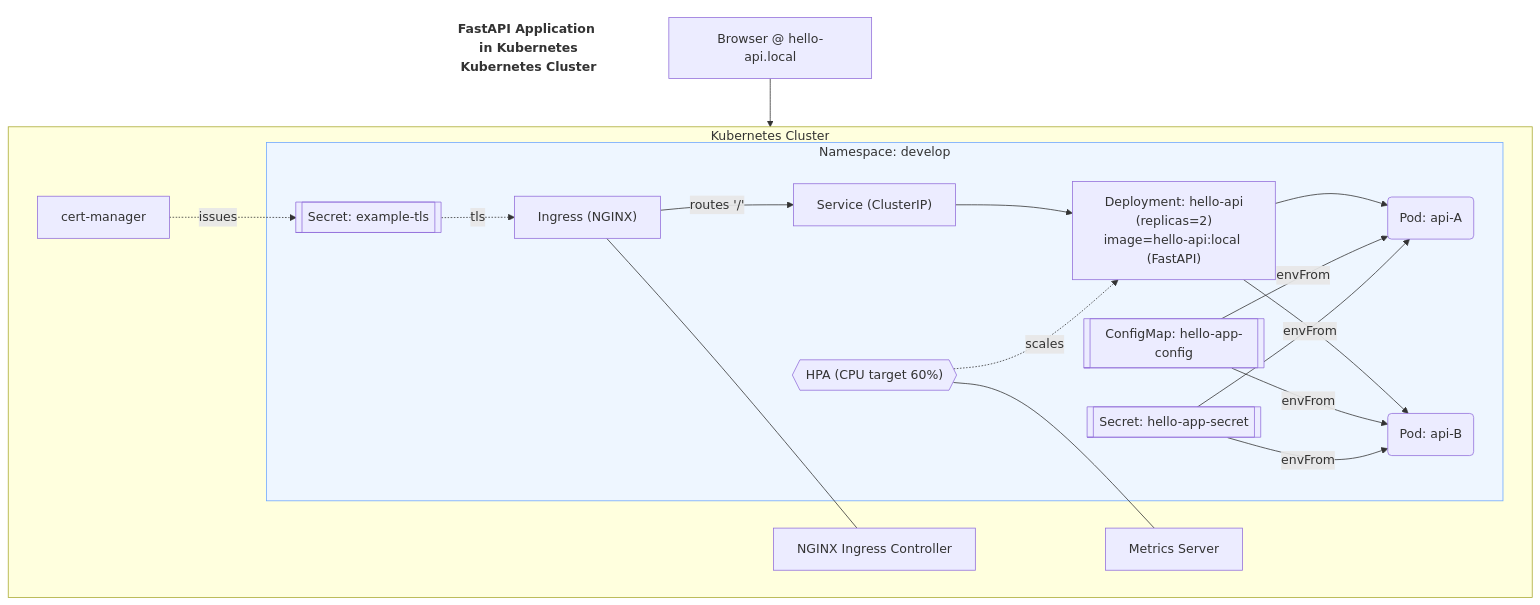
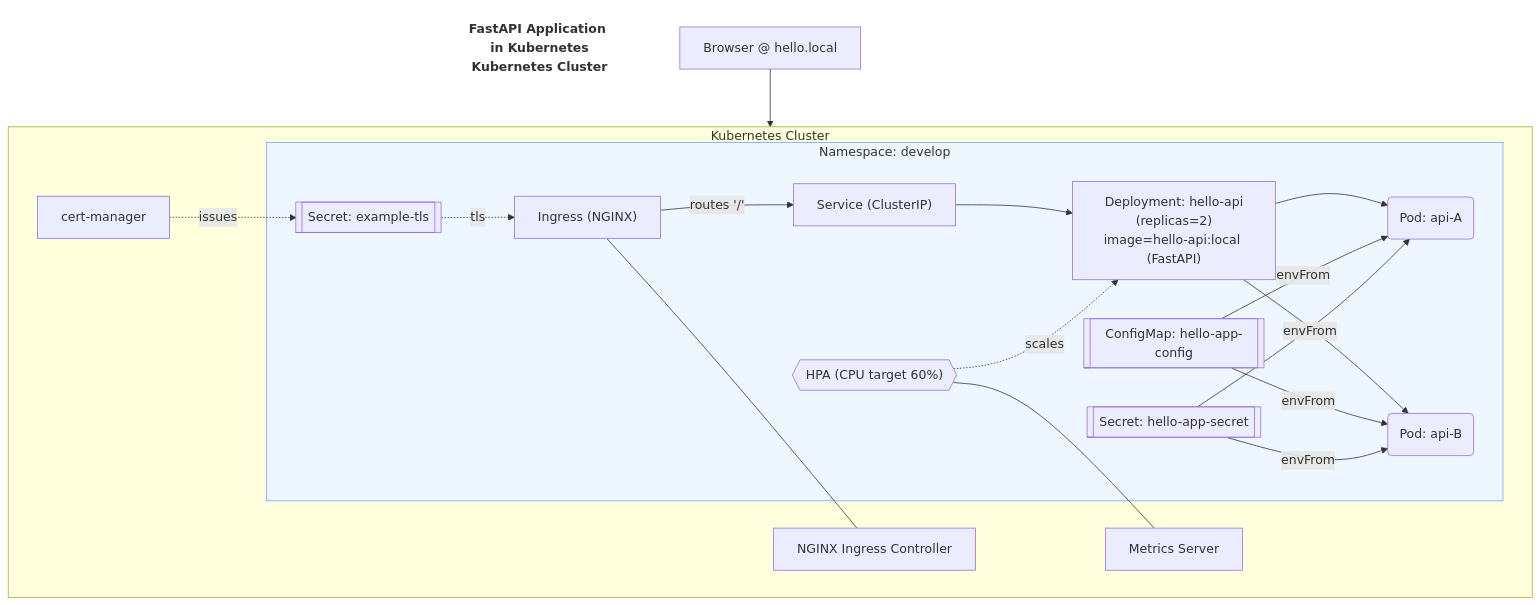
Before and after one commit to grndlvl/k8s-hello-app: the diagram in docs/00-overview.md, drawn with Mermaid.

Commit message:
Updating url.

````diff
--- a/docs/00-overview.md
+++ b/docs/00-overview.md
@@ -62,51 +62,51 @@
 ```mermaid
 flowchart TB
   %% Title (no border, no edges)
   Title["FastAPI Application in Kubernetes<br/>Kubernetes Cluster"]
   classDef titleNode fill:none,stroke:none,color:#333,font-weight:bold;
   class Title titleNode
 
   %% Main diagram below the title
   subgraph Cluster[Kubernetes Cluster]
     direction LR
 
     subgraph NS[Namespace: develop]
       style NS fill:#eef6ff,stroke:#6ea8fe,stroke-width:1px
 
       Ingress["Ingress (NGINX)"];
       Svc["Service (ClusterIP)"];
       Deploy["Deployment: hello-api<br/>(replicas=2)<br/>image=hello-api:local (FastAPI)"];
       Pod1(Pod: api-A);
       Pod2(Pod: api-B);
 
       CM[[ConfigMap: hello-app-config]];
       Sec[[Secret: hello-app-secret]];
       HPA{{"HPA (CPU target 60%)"}};
       TLS[[Secret: example-tls]];
 
       Ingress -->|"routes '/'"| Svc;
       Svc --> Deploy;
 
       Deploy --> Pod1;
       Deploy --> Pod2;
 
       CM -->|envFrom| Pod1;
       CM -->|envFrom| Pod2;
       Sec -->|envFrom| Pod1;
       Sec -->|envFrom| Pod2;
 
       HPA -. scales .-> Deploy;
       TLS -. tls .-> Ingress;
     end
 
     NginxCtrl[NGINX Ingress Controller];
     Metrics[Metrics Server];
     CertMgr[cert-manager];
 
     Ingress --- NginxCtrl;
     HPA --- Metrics;
     CertMgr -. issues .-> TLS;
   end
 
-  Client[Browser @ hello-api.local] --> Ingress;
+  Client[Browser @ hello.local] --> Ingress;
 ```
````
